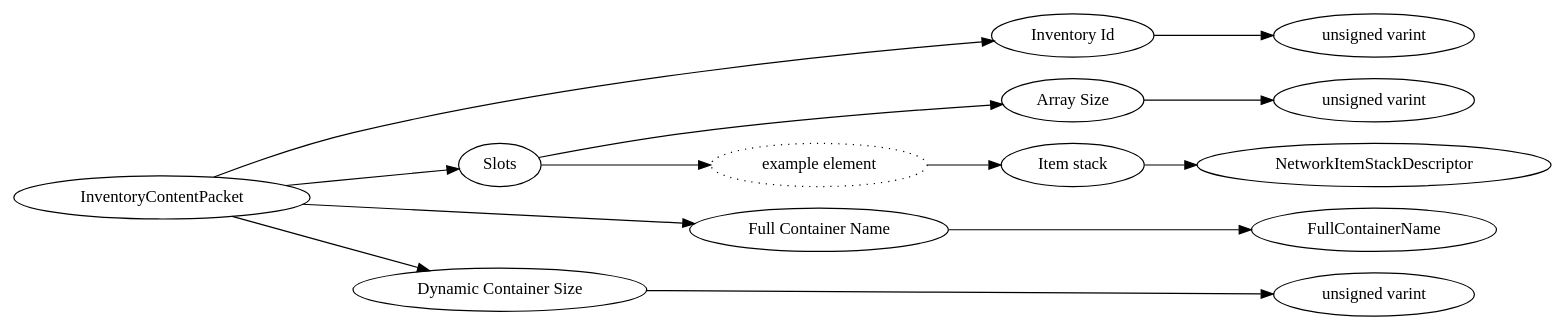
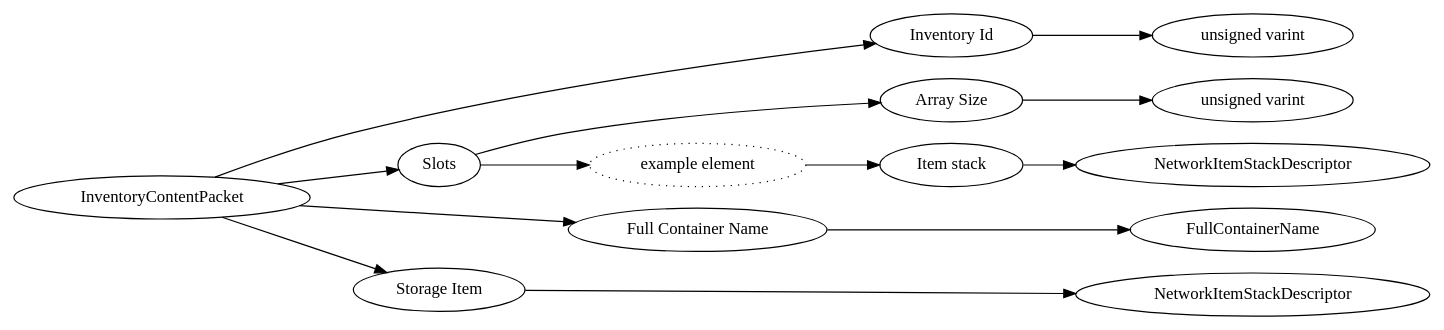
The diagram in assets/protocols/dot/InventoryContentPacket.dot (MiemieMethod/bedrock-docs-generator), drawn with Graphviz before and after one commit. The commit also changed 286 other files, not shown here.

```diff
--- a/assets/protocols/dot/InventoryContentPacket.dot
+++ b/assets/protocols/dot/InventoryContentPacket.dot
@@ -1,32 +1,32 @@
 digraph "InventoryContentPacket" {
 rankdir = LR
 0
 0 -> 1
 1 -> 2
 0 -> 3
 3 -> 4
 4 -> 5
 3 -> 6
 6 -> 7
 7 -> 8
 0 -> 9
 9 -> 18
 0 -> 19
 19 -> 20
 
 0 [label="InventoryContentPacket",comment="name: \"InventoryContentPacket\", typeName: \"\", id: 0, branchId: 49, recurseId: -1, attributes: 0, notes: \"\""];
 1 [label="Inventory Id",comment="name: \"Inventory Id\", typeName: \"\", id: 1, branchId: 0, recurseId: -1, attributes: 0, notes: \"\""];
 2 [label="unsigned varint",comment="name: \"unsigned varint\", typeName: \"\", id: 2, branchId: 0, recurseId: -1, attributes: 512, notes: \"\""];
 3 [label="Slots",comment="name: \"Slots\", typeName: \"\", id: 3, branchId: 0, recurseId: -1, attributes: 8, notes: \"\""];
 4 [label="Array Size",comment="name: \"Array Size\", typeName: \"\", id: 4, branchId: 0, recurseId: -1, attributes: 0, notes: \"\""];
 5 [label="unsigned varint",comment="name: \"unsigned varint\", typeName: \"\", id: 5, branchId: 0, recurseId: -1, attributes: 512, notes: \"\""];
 6 [label="example element",style=dotted,comment="name: \"example element\", typeName: \"\", id: 6, branchId: 0, recurseId: -1, attributes: 16, notes: \"\""];
 7 [label="Item stack",comment="name: \"Item stack\", typeName: \"NetworkItemStackDescriptor\", id: 7, branchId: 0, recurseId: -1, attributes: 256, notes: \"\""];
 8 [label="NetworkItemStackDescriptor",comment="name: \"NetworkItemStackDescriptor\", typeName: \"\", id: 8, branchId: 0, recurseId: -1, attributes: 512, notes: \"\""];
 9 [label="Full Container Name",comment="name: \"Full Container Name\", typeName: \"FullContainerName\", id: 9, branchId: 0, recurseId: -1, attributes: 256, notes: \"Used to reference a specific container within a given screen container context.\""];
 18 [label="FullContainerName",comment="name: \"FullContainerName\", typeName: \"\", id: 18, branchId: 0, recurseId: -1, attributes: 512, notes: \"\""];
-19 [label="Dynamic Container Size",comment="name: \"Dynamic Container Size\", typeName: \"\", id: 19, branchId: 0, recurseId: -1, attributes: 0, notes: \"Size of the particular container instance if this is a dynamic container, otherwise zero.\""];
-20 [label="unsigned varint",comment="name: \"unsigned varint\", typeName: \"\", id: 20, branchId: 0, recurseId: -1, attributes: 512, notes: \"\""];
+19 [label="Storage Item",comment="name: \"Storage Item\", typeName: \"NetworkItemStackDescriptor\", id: 19, branchId: 0, recurseId: -1, attributes: 256, notes: \"Optional storage item containing the contents to set. Only the item type is relevant, not any stack information.\""];
+20 [label="NetworkItemStackDescriptor",comment="name: \"NetworkItemStackDescriptor\", typeName: \"\", id: 20, branchId: 0, recurseId: -1, attributes: 512, notes: \"\""];
 { rank = max;2;5;8;18;20}
 
 }
```
